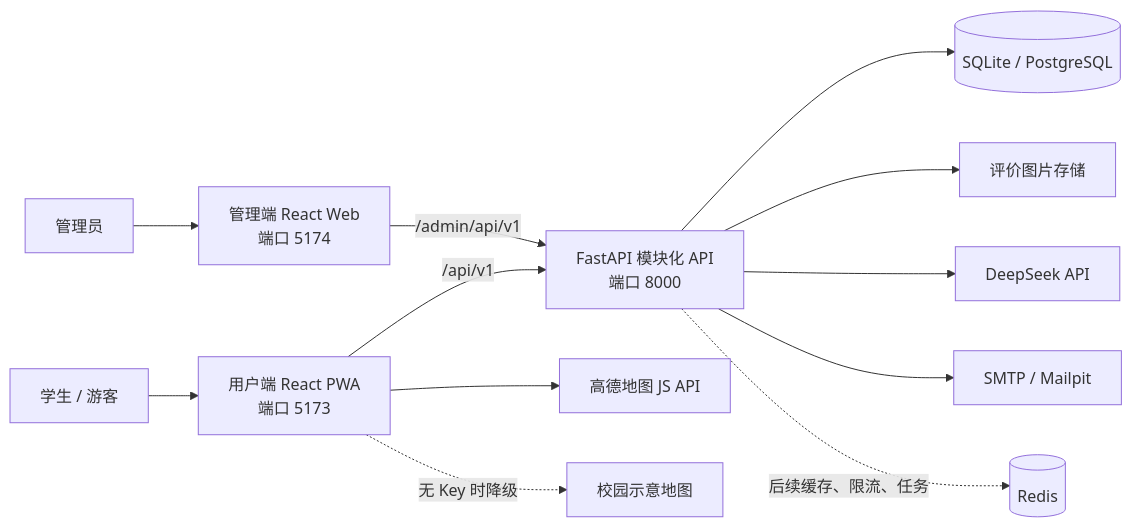
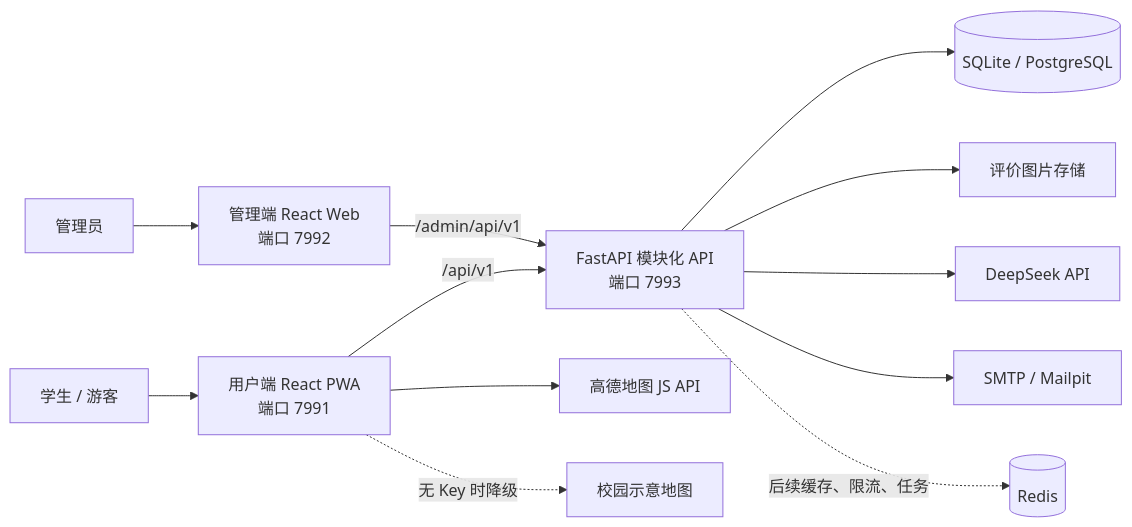
The first of 5 diagrams in docs/PROJECT_EXPLANATION.md (zymooll/111), drawn with Mermaid before and after one commit. The commit also changed other lines of this file and 106 other files, not shown here.

````diff
--- a/docs/PROJECT_EXPLANATION.md
+++ b/docs/PROJECT_EXPLANATION.md
@@ -97,17 +97,17 @@
 ```mermaid
 flowchart LR
-    U["学生 / 游客"] --> UW["用户端 React PWA\n端口 5173"]
-    A["管理员"] --> AW["管理端 React Web\n端口 5174"]
+    U["学生 / 游客"] --> UW["用户端 React PWA\n端口 7991"]
+    A["管理员"] --> AW["管理端 React Web\n端口 7992"]
 
-    UW -->|"/api/v1"| API["FastAPI 模块化 API\n端口 8000"]
+    UW -->|"/api/v1"| API["FastAPI 模块化 API\n端口 7993"]
     AW -->|"/admin/api/v1"| API
 
     API --> DB[("SQLite / PostgreSQL")]
     API --> FS["评价图片存储"]
     API --> DS["DeepSeek API"]
     API --> MAIL["SMTP / Mailpit"]
     API -. "后续缓存、限流、任务" .-> REDIS[("Redis")]
 
     UW --> AMAP["高德地图 JS API"]
     UW -. "无 Key 时降级" .-> DEMO["校园示意地图"]
 ```
````
